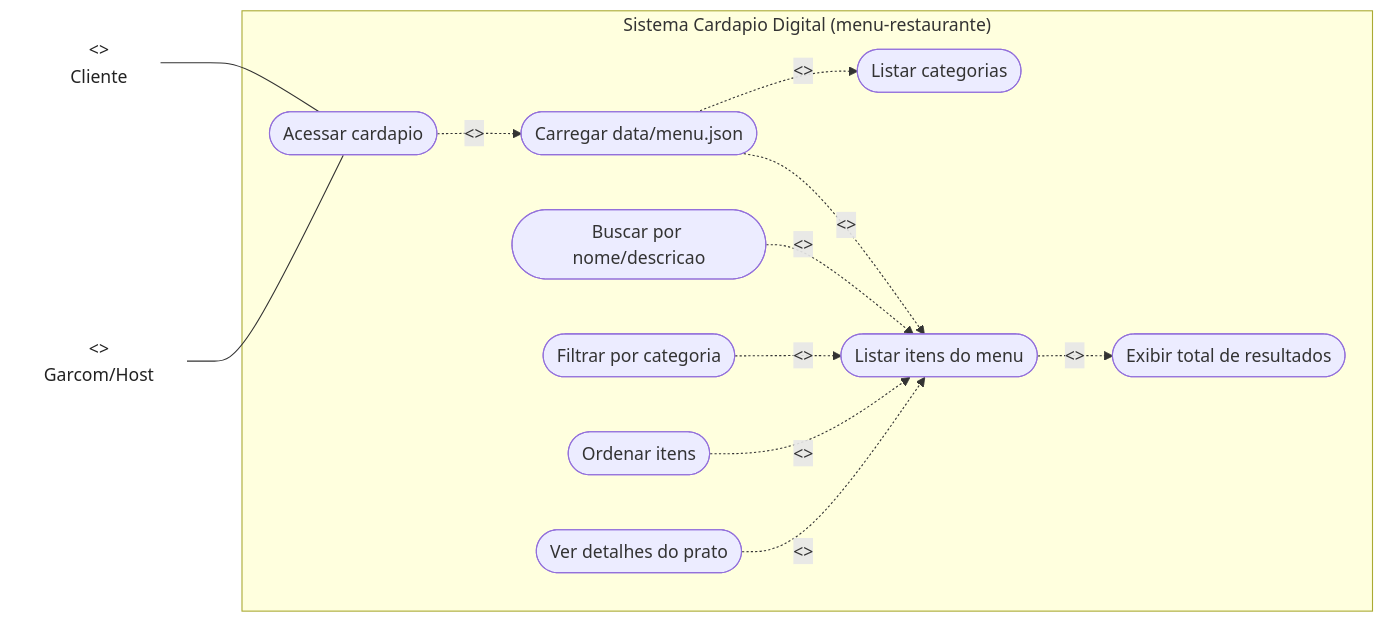
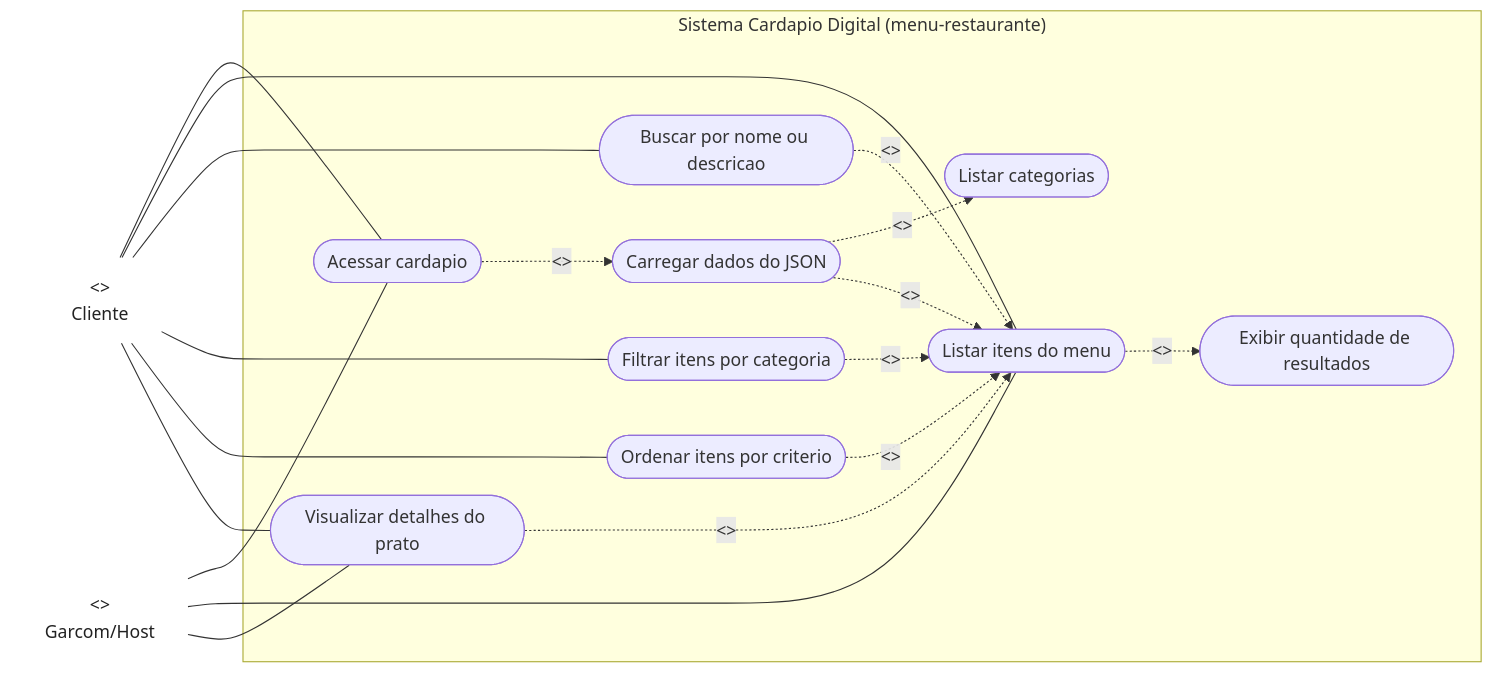
The diagram in docs/diagramas/diagrama-caso-de-uso-listagem.mmd (senai-cortex/menu-project), drawn with Mermaid before and after one commit. The commit also changed 1 other file, not shown here.

Commit message:
diagramas fix

```diff
--- a/docs/diagramas/diagrama-caso-de-uso-listagem.mmd
+++ b/docs/diagramas/diagrama-caso-de-uso-listagem.mmd
@@ -1,31 +1,39 @@
 flowchart LR
   actor_cliente["<<actor>>\nCliente"]
   actor_atendimento["<<actor>>\nGarcom/Host"]
 
   subgraph sistema["Sistema Cardapio Digital (menu-restaurante)"]
     uc_acessar([Acessar cardapio])
-    uc_carregar([Carregar data/menu.json])
     uc_listar_categorias([Listar categorias])
     uc_listar_itens([Listar itens do menu])
-    uc_buscar([Buscar por nome/descricao])
-    uc_filtrar([Filtrar por categoria])
-    uc_ordenar([Ordenar itens])
-    uc_contagem([Exibir total de resultados])
-    uc_detalhes([Ver detalhes do prato])
+    uc_buscar([Buscar por nome ou descricao])
+    uc_filtrar([Filtrar itens por categoria])
+    uc_ordenar([Ordenar itens por criterio])
+    uc_detalhes([Visualizar detalhes do prato])
+    uc_carregar([Carregar dados do JSON])
+    uc_contagem([Exibir quantidade de resultados])
   end
 
   actor_cliente --- uc_acessar
+  actor_cliente --- uc_listar_itens
+  actor_cliente --- uc_buscar
+  actor_cliente --- uc_filtrar
+  actor_cliente --- uc_ordenar
+  actor_cliente --- uc_detalhes
+
   actor_atendimento --- uc_acessar
+  actor_atendimento --- uc_listar_itens
+  actor_atendimento --- uc_detalhes
 
   uc_acessar -. "<<include>>" .-> uc_carregar
   uc_carregar -. "<<include>>" .-> uc_listar_categorias
   uc_carregar -. "<<include>>" .-> uc_listar_itens
 
   uc_buscar -. "<<extend>>" .-> uc_listar_itens
   uc_filtrar -. "<<extend>>" .-> uc_listar_itens
   uc_ordenar -. "<<extend>>" .-> uc_listar_itens
   uc_detalhes -. "<<extend>>" .-> uc_listar_itens
   uc_listar_itens -. "<<include>>" .-> uc_contagem
 
   classDef actor fill:transparent,stroke:transparent,color:#222;
   class actor_cliente,actor_atendimento actor;
```
